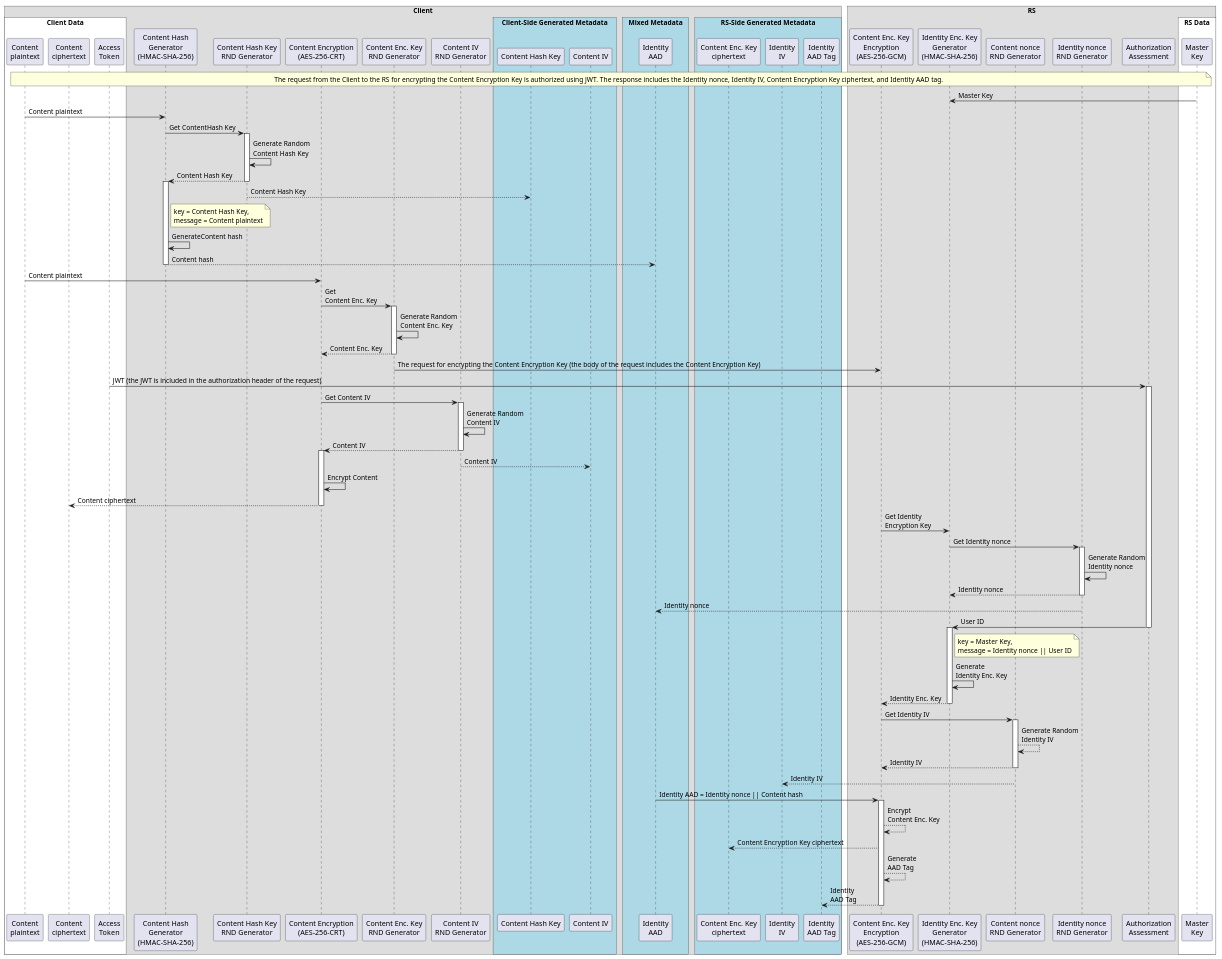
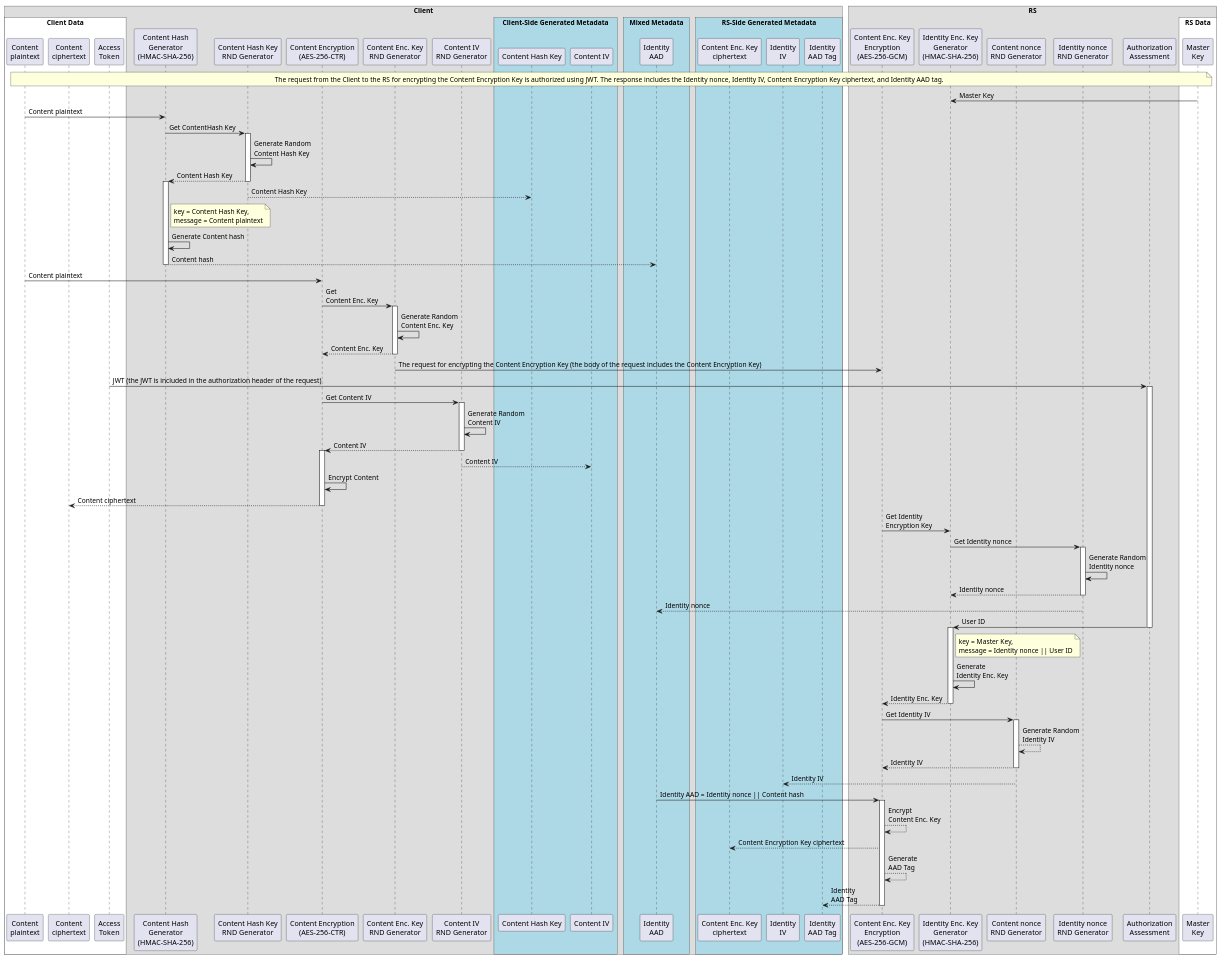
One commit to umalabs/ibe changed the first of 2 diagrams in docs/CRYPTOGRAPHY.md. Above: the diagram before and after it, drawn with PlantUML. The commit also changed other lines of this file and 2 other files, not shown here.

Commit message:
sequence diagrams are ready for review

```diff
--- a/docs/CRYPTOGRAPHY.md
+++ b/docs/CRYPTOGRAPHY.md
@@ -15,7 +19,7 @@
 ' --- Client ---
 participant "Content Hash\nGenerator\n(HMAC-SHA-256)" as ContentHashGen
 participant "Content Hash Key\nRND Generator" as ContentHashKeyRNDGen
-participant "Content Encryption\n(AES-256-CRT)" as ContentEncryption
+participant "Content Encryption\n(AES-256-CTR)" as ContentEncryption
 participant "Content Enc. Key\nRND Generator" as ContentEncKeyRNDGen
 participant "Content IV\nRND Generator" as ContentIV_RNDGen
 
@@ -106,7 +110,7 @@
 activate ContentHashGen
 ContentHashKeyRNDGen --> ContentHashKeyMetadata: Content Hash Key
 note right of ContentHashGen: key = Content Hash Key,\nmessage = Content plaintext
-ContentHashGen -> ContentHashGen: GenerateContent hash
+ContentHashGen -> ContentHashGen: Generate Content hash
 ContentHashGen --> IdentityAADMetadata: Content hash
 deactivate ContentHashGen
 
```
